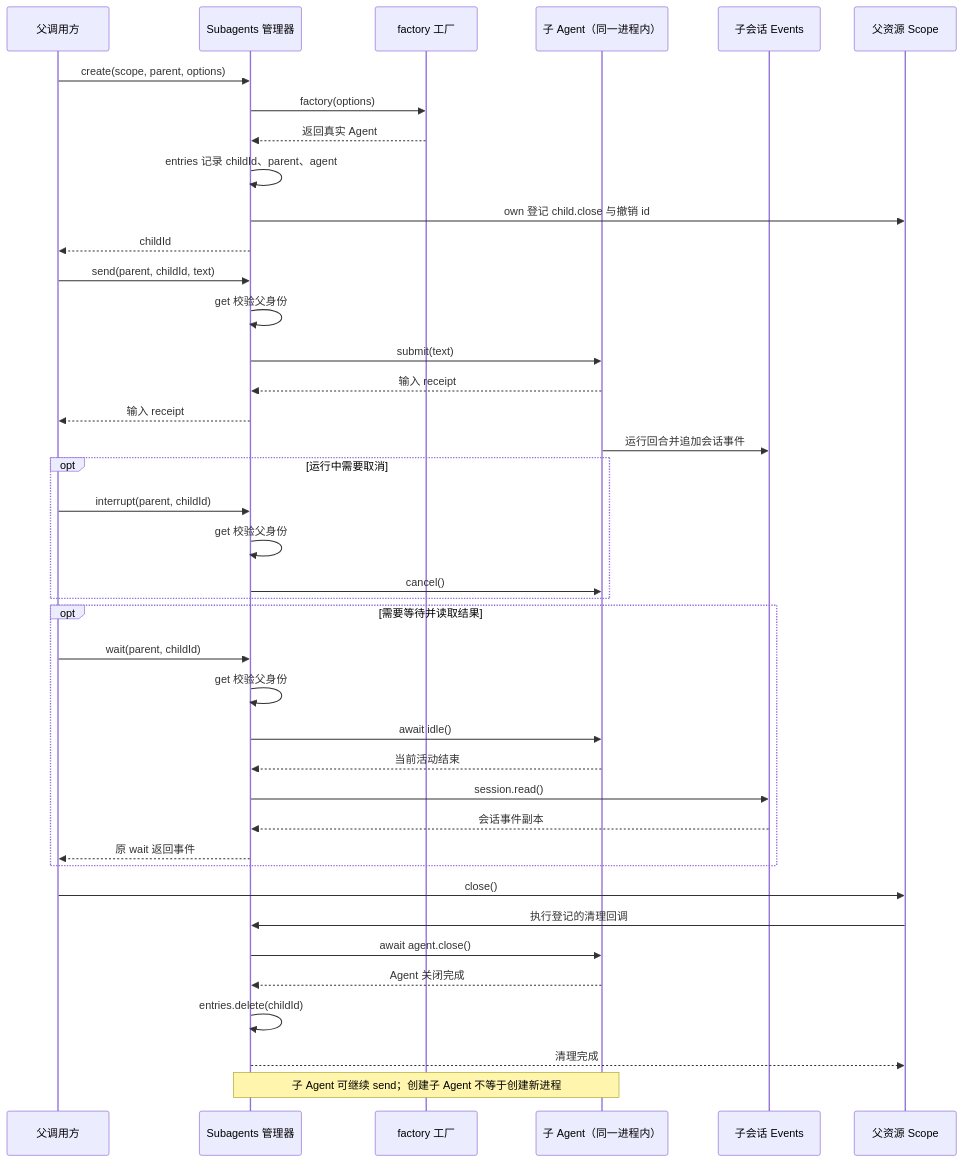
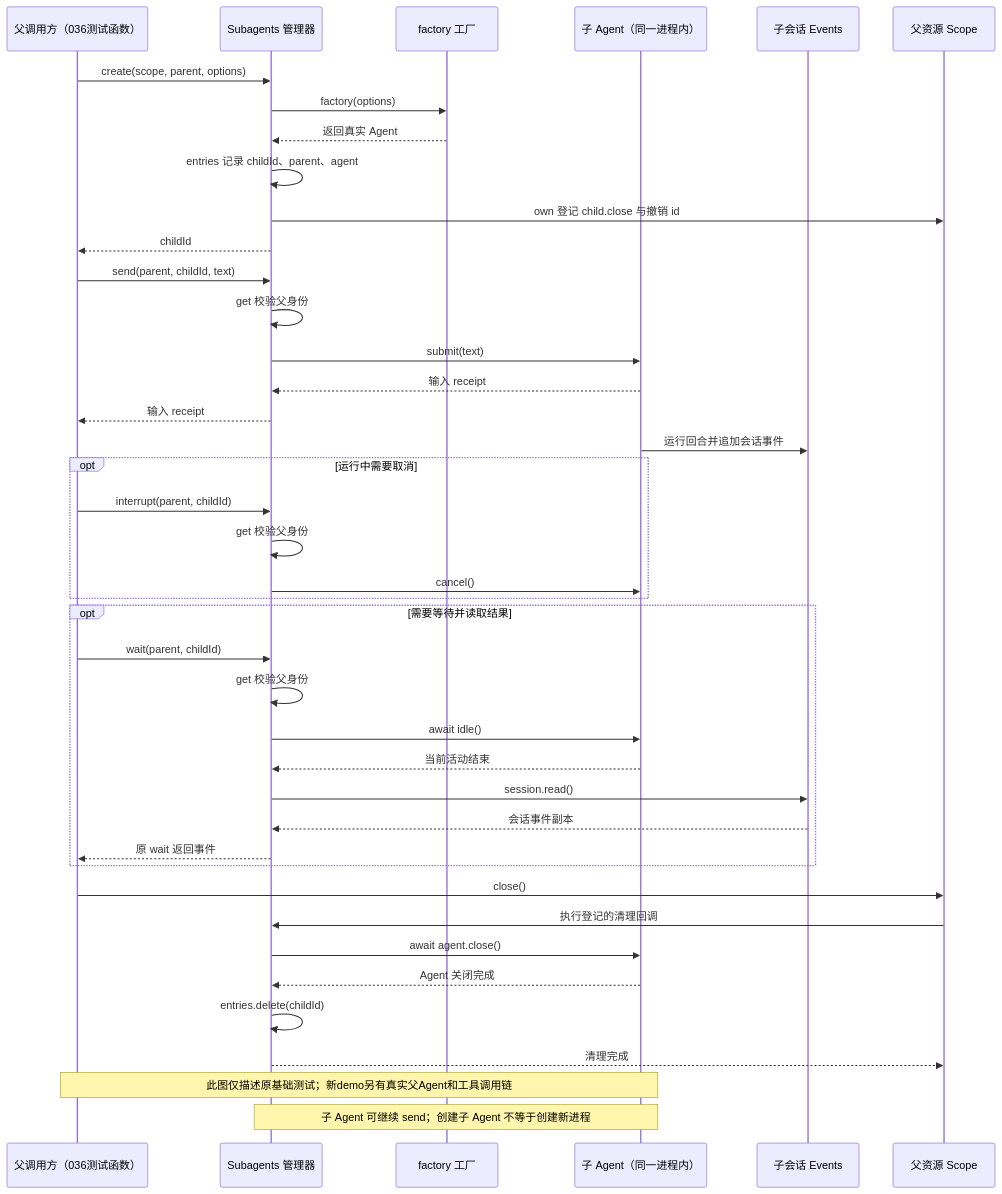
Before and after one commit to dddddd889/deepseek-harness-demo: the first of 4 diagrams in tutorial/linear/lessons/036.md, drawn with Mermaid. The commit also changed other lines of this file and 21 other files, not shown here.

````diff
--- a/tutorial/linear/lessons/036.md
+++ b/tutorial/linear/lessons/036.md
@@ -19,42 +19,43 @@
 ```mermaid
 sequenceDiagram
-    participant P as 父调用方
+    participant P as 父调用方（036测试函数）
     participant M as Subagents 管理器
     participant F as factory 工厂
     participant A as 子 Agent（同一进程内）
     participant E as 子会话 Events
     participant S as 父资源 Scope
     P->>M: create(scope, parent, options)
     M->>F: factory(options)
     F-->>M: 返回真实 Agent
     M->>M: entries 记录 childId、parent、agent
     M->>S: own 登记 child.close 与撤销 id
     M-->>P: childId
     P->>M: send(parent, childId, text)
     M->>M: get 校验父身份
     M->>A: submit(text)
     A-->>M: 输入 receipt
     M-->>P: 输入 receipt
     A->>E: 运行回合并追加会话事件
     opt 运行中需要取消
         P->>M: interrupt(parent, childId)
         M->>M: get 校验父身份
         M->>A: cancel()
     end
     opt 需要等待并读取结果
         P->>M: wait(parent, childId)
         M->>M: get 校验父身份
         M->>A: await idle()
         A-->>M: 当前活动结束
         M->>E: session.read()
         E-->>M: 会话事件副本
         M-->>P: 原 wait 返回事件
     end
     P->>S: close()
     S->>M: 执行登记的清理回调
     M->>A: await agent.close()
     A-->>M: Agent 关闭完成
     M->>M: entries.delete(childId)
     M-->>S: 清理完成
+    Note over P,A: 此图仅描述原基础测试；新demo另有真实父Agent和工具调用链
     Note over M,A: 子 Agent 可继续 send；创建子 Agent 不等于创建新进程
 ```
````
